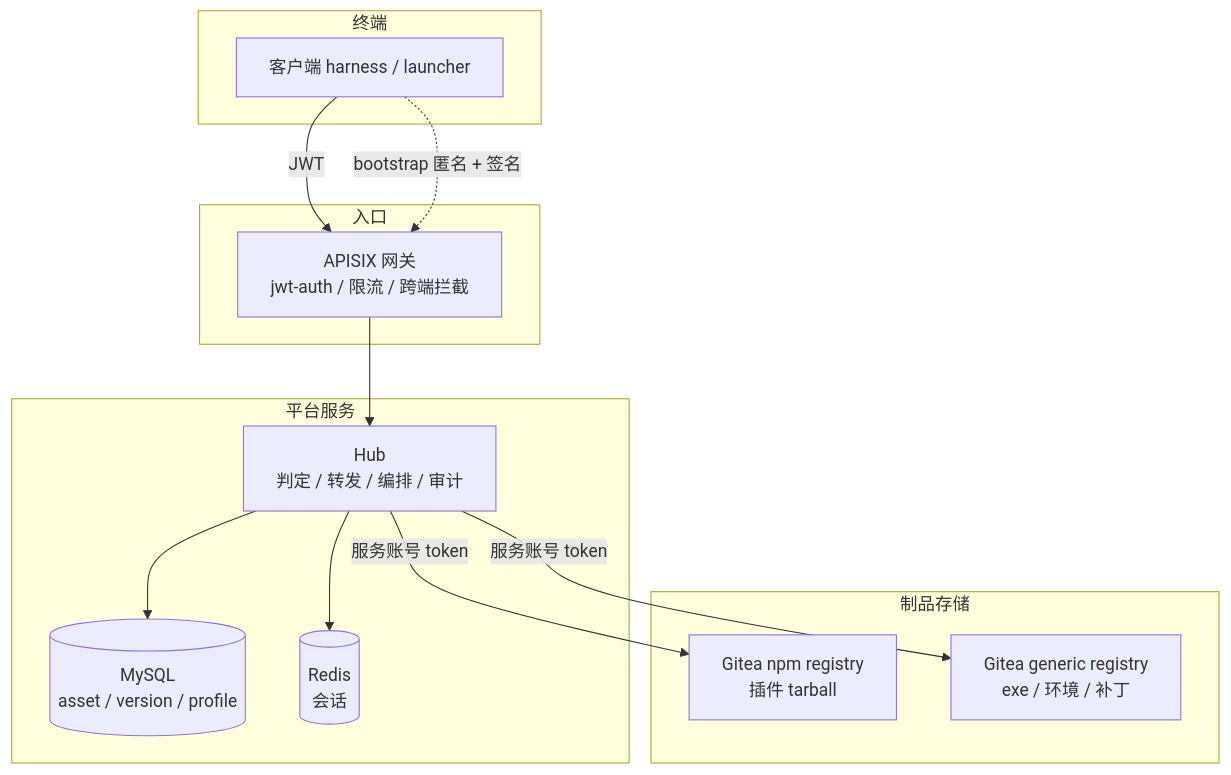
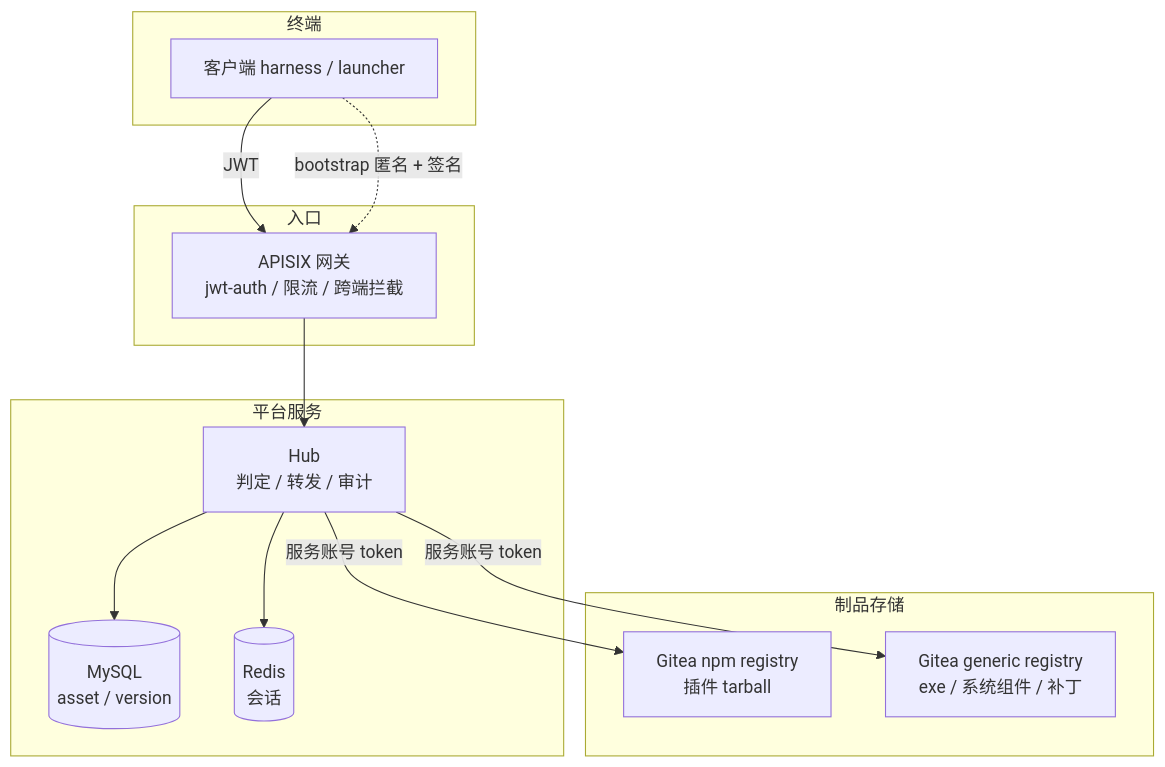
One commit to saber9050/online_exe changed the first of 5 diagrams in 公共资源中心设计方案.md. Above: the diagram before and after it, drawn with Mermaid. The commit also changed other lines of this file and 1 other file, not shown here.

````diff
--- a/公共资源中心设计方案.md
+++ b/公共资源中心设计方案.md
@@ -285,29 +245,29 @@
 ```mermaid
 flowchart TB
   subgraph 终端
     C[客户端 harness / launcher]
   end
 
   subgraph 入口
     G[APISIX 网关<br/>jwt-auth / 限流 / 跨端拦截]
   end
 
   subgraph 平台服务
-    H[Hub<br/>判定 / 转发 / 编排 / 审计]
-    DB[(MySQL<br/>asset / version / profile)]
+    H[Hub<br/>判定 / 转发 / 审计]
+    DB[(MySQL<br/>asset / version)]
     RD[(Redis<br/>会话)]
   end
 
   subgraph 制品存储
     GN[Gitea npm registry<br/>插件 tarball]
-    GG[Gitea generic registry<br/>exe / 环境 / 补丁]
+    GG[Gitea generic registry<br/>exe / 系统组件 / 补丁]
   end
 
   C -->|JWT| G
   C -.->|bootstrap 匿名 + 签名| G
   G --> H
   H --> DB
   H --> RD
   H -->|服务账号 token| GN
   H -->|服务账号 token| GG
 ```
````
